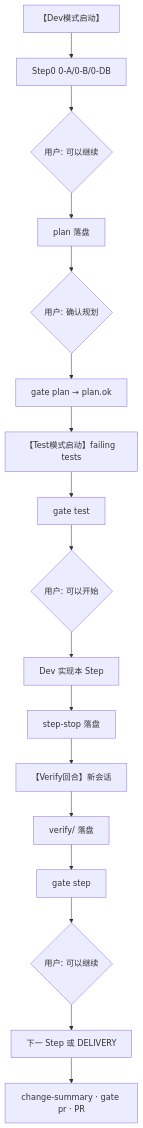
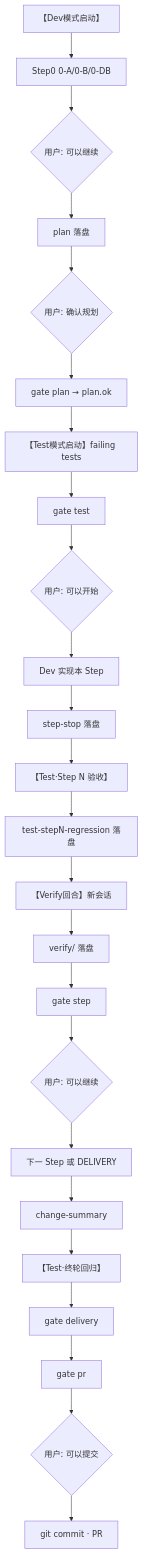
Before and after one commit to sunhailiang-tourist/FactoryOS: the diagram in .cursor/factoryos/PRE-DEV-CHAIN.md, drawn with Mermaid. The commit also changed other lines of this file and 169 other files, not shown here.

````diff
--- a/.cursor/factoryos/PRE-DEV-CHAIN.md
+++ b/.cursor/factoryos/PRE-DEV-CHAIN.md
@@ -55,19 +55,26 @@
 ```mermaid
 flowchart TD
   A[【Dev模式启动】] --> B[Step0 0-A/0-B/0-DB]
   B --> C{用户: 可以继续}
   C --> D[plan 落盘]
   D --> E{用户: 确认规划}
   E --> F[gate plan → plan.ok]
   F --> G[【Test模式启动】failing tests]
   G --> H[gate test]
   H --> I{用户: 可以开始}
   I --> J[Dev 实现本 Step]
   J --> K[step-stop 落盘]
-  K --> L[【Verify回合】新会话]
-  L --> M[verify/ 落盘]
-  M --> N[gate step]
-  N --> O{用户: 可以继续}
-  O --> P[下一 Step 或 DELIVERY]
-  P --> Q[change-summary · gate pr · PR]
+  K --> L[【Test·Step N 验收】]
+  L --> M[test-stepN-regression 落盘]
+  M --> N[【Verify回合】新会话]
+  N --> O[verify/ 落盘]
+  O --> P[gate step]
+  P --> Q{用户: 可以继续}
+  Q --> R[下一 Step 或 DELIVERY]
+  R --> S[change-summary]
+  S --> T[【Test·终轮回归】]
+  T --> U[gate delivery]
+  U --> V[gate pr]
+  V --> W{用户: 可以提交}
+  W --> X[git commit · PR]
 ```
````
